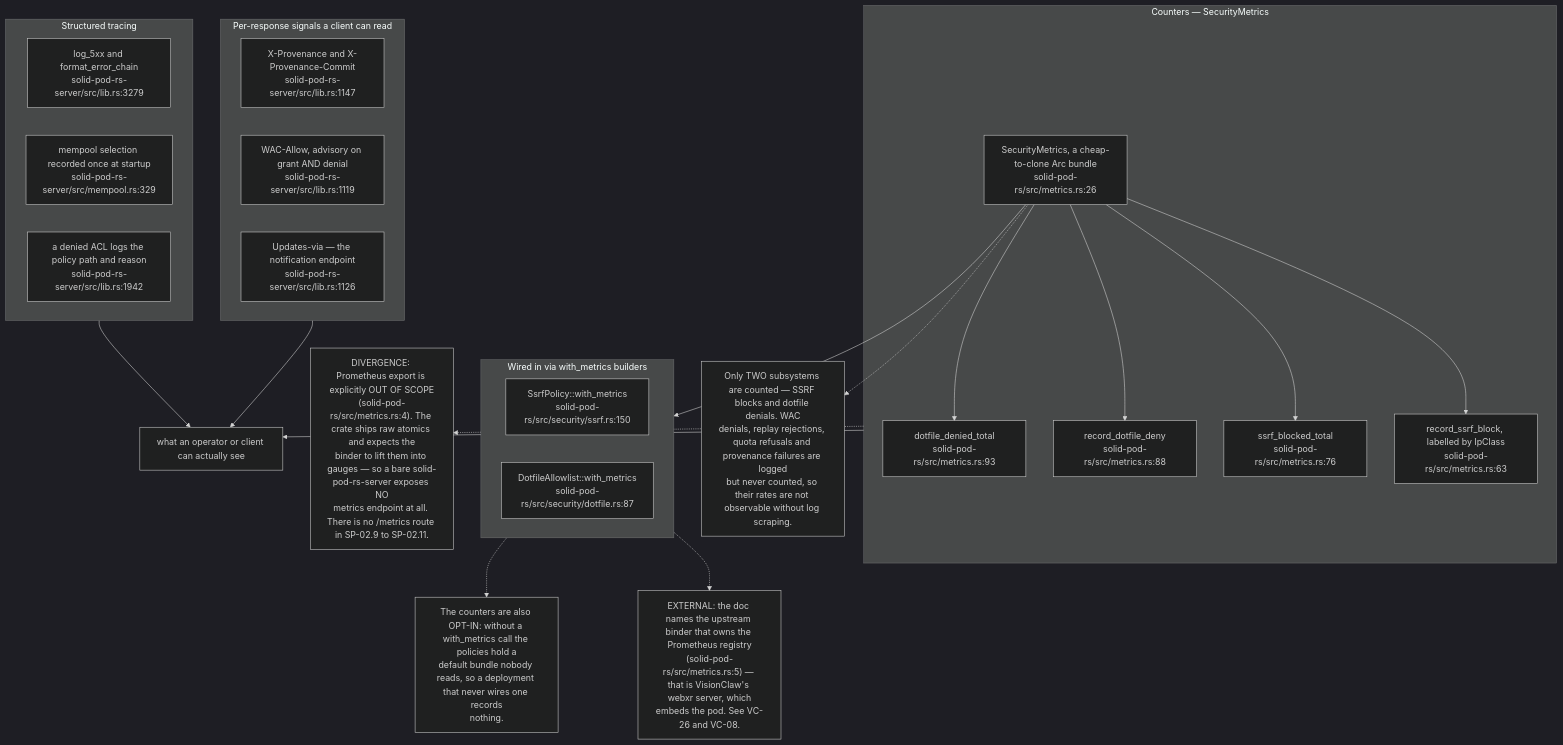
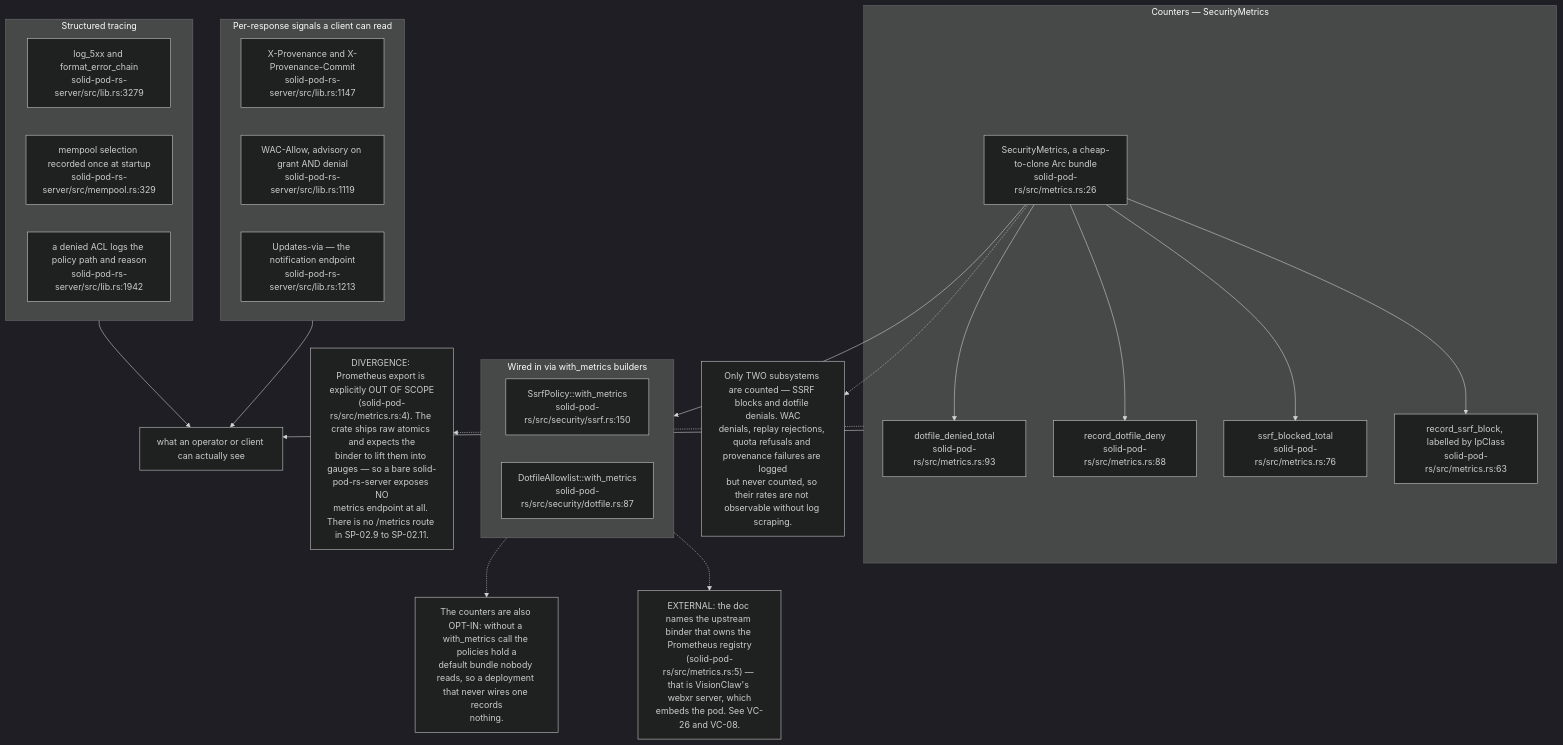
Before and after one commit to DreamLab-AI/VisionFlow: diagram 12 of 12 in docs/diagrams/solid-pod-rs/10-failure-modes-and-invariants.md, drawn with Mermaid (dark theme). The commit also changed other lines of this file and 10 other files, not shown here.

First line of the commit message:
docs(diagrams): close ER-1 to ER-4 and ER-33 across ten topics, re-stamped

````diff
--- a/docs/diagrams/solid-pod-rs/10-failure-modes-and-invariants.md
+++ b/docs/diagrams/solid-pod-rs/10-failure-modes-and-invariants.md
@@ -338,42 +339,42 @@
 ```mermaid
 flowchart TD
     subgraph COUNT["Counters — SecurityMetrics"]
         SM["SecurityMetrics, a cheap-to-clone Arc bundle<br/>solid-pod-rs/src/metrics.rs:26"]
         SS["record_ssrf_block, labelled by IpClass<br/>solid-pod-rs/src/metrics.rs:63"]
         ST["ssrf_blocked_total<br/>solid-pod-rs/src/metrics.rs:76"]
         DF["record_dotfile_deny<br/>solid-pod-rs/src/metrics.rs:88"]
         DT["dotfile_denied_total<br/>solid-pod-rs/src/metrics.rs:93"]
     end
     subgraph WIRE["Wired in via with_metrics builders"]
         W1["SsrfPolicy::with_metrics<br/>solid-pod-rs/src/security/ssrf.rs:150"]
         W2["DotfileAllowlist::with_metrics<br/>solid-pod-rs/src/security/dotfile.rs:87"]
     end
     subgraph HDR["Per-response signals a client can read"]
         H1["X-Provenance and X-Provenance-Commit<br/>solid-pod-rs-server/src/lib.rs:1147"]
         H2["WAC-Allow, advisory on grant AND denial<br/>solid-pod-rs-server/src/lib.rs:1119"]
-        H3["Updates-via — the notification endpoint<br/>solid-pod-rs-server/src/lib.rs:1126"]
+        H3["Updates-via — the notification endpoint<br/>solid-pod-rs-server/src/lib.rs:1213"]
     end
     subgraph LOG["Structured tracing"]
         L1["log_5xx and format_error_chain<br/>solid-pod-rs-server/src/lib.rs:3279"]
         L2["mempool selection recorded once at startup<br/>solid-pod-rs-server/src/mempool.rs:329"]
         L3["a denied ACL logs the policy path and reason<br/>solid-pod-rs-server/src/lib.rs:1942"]
     end
 
     SM --> SS
     SM --> ST
     SM --> DF
     SM --> DT
     SM --> WIRE
     HDR --> OP["what an operator or client can actually see"]
     LOG --> OP
     COUNT --> OP
 
     N["DIVERGENCE: Prometheus export is explicitly OUT OF SCOPE<br/>(solid-pod-rs/src/metrics.rs:4). The crate ships raw atomics and expects the<br/>binder to lift them into gauges — so a bare solid-pod-rs-server exposes NO<br/>metrics endpoint at all. There is no /metrics route in SP-02.9 to SP-02.11."]
     COUNT -.-> N
     N2["EXTERNAL: the doc names the upstream binder that owns the Prometheus registry<br/>(solid-pod-rs/src/metrics.rs:5) — that is VisionClaw's webxr server, which<br/>embeds the pod. See VC-26 and VC-08."]
     WIRE -.-> N2
     N3["Only TWO subsystems are counted — SSRF blocks and dotfile denials. WAC<br/>denials, replay rejections, quota refusals and provenance failures are logged<br/>but never counted, so their rates are not observable without log scraping."]
     SM -.-> N3
     N4["The counters are also OPT-IN: without a with_metrics call the policies hold a<br/>default bundle nobody reads, so a deployment that never wires one records<br/>nothing."]
     WIRE -.-> N4
 ```
````
